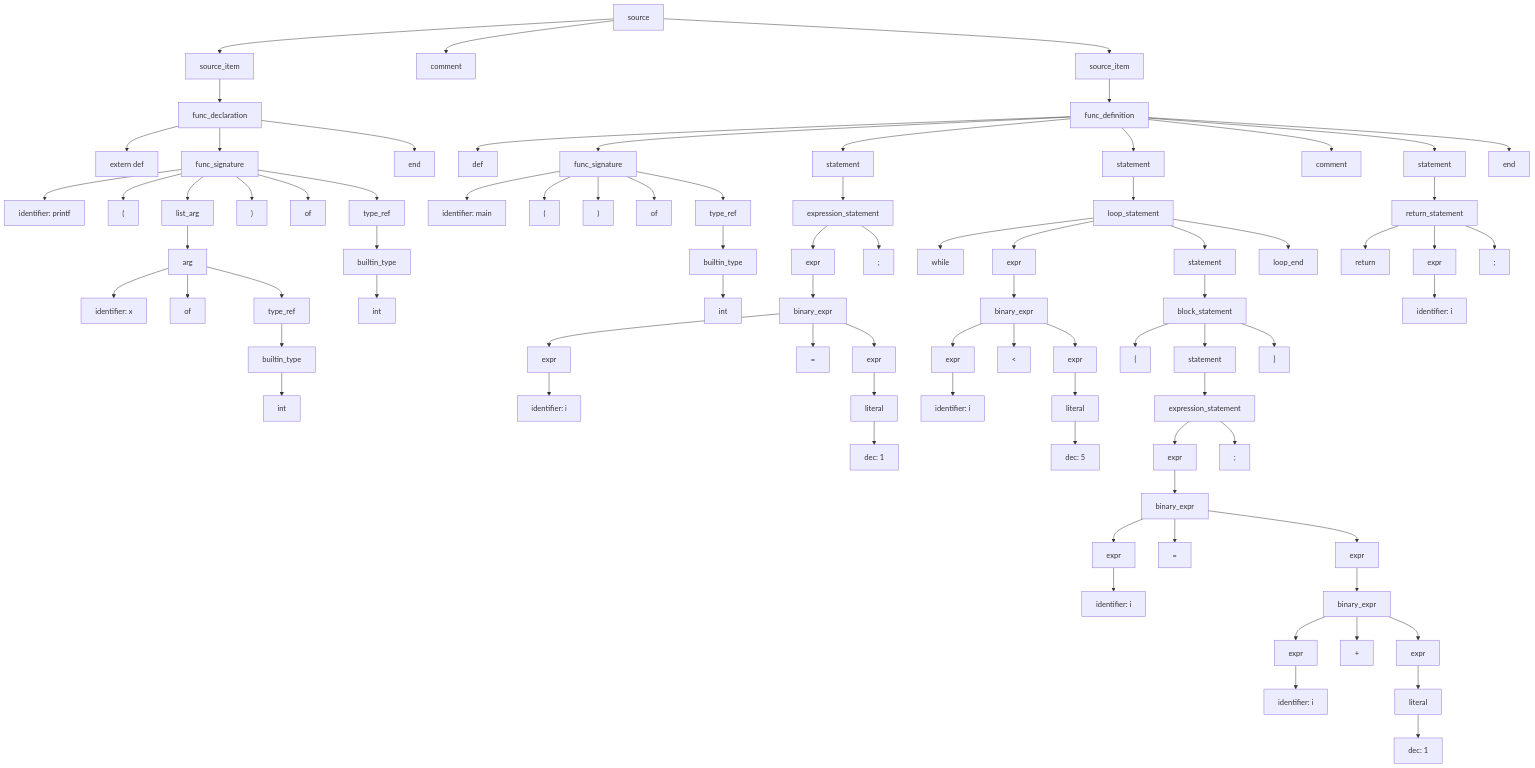
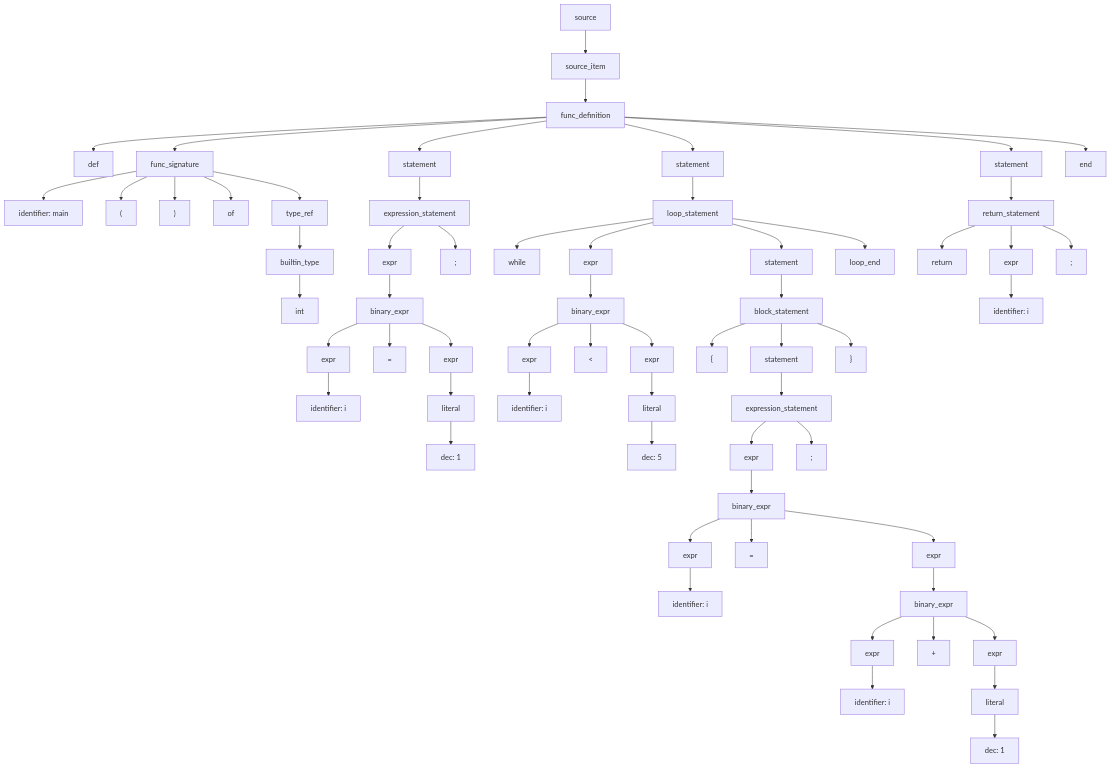
One commit to ErnandesDaniel/system-software-lab-3 changed the diagram in ast.mmd. Above: the diagram before and after it, drawn with Mermaid. The commit also changed 3 other files, not shown here.

```diff
--- a/ast.mmd
+++ b/ast.mmd
@@ -1,166 +1,124 @@
 graph TD;
 N0["source"]
 N1["source_item"]
 N0 --> N1
-N2["func_declaration"]
+N2["func_definition"]
 N1 --> N2
-N3["extern def"]
+N3["def"]
 N2 --> N3
 N4["func_signature"]
 N2 --> N4
-N5["identifier: printf"]
+N5["identifier: main"]
 N4 --> N5
 N6["("]
 N4 --> N6
-N7["list_arg"]
+N7[")"]
 N4 --> N7
-N8["arg"]
-N7 --> N8
-N9["identifier: x"]
-N8 --> N9
-N10["of"]
-N8 --> N10
-N11["type_ref"]
-N8 --> N11
-N12["builtin_type"]
-N11 --> N12
-N13["int"]
+N8["of"]
+N4 --> N8
+N9["type_ref"]
+N4 --> N9
+N10["builtin_type"]
+N9 --> N10
+N11["int"]
+N10 --> N11
+N12["statement"]
+N2 --> N12
+N13["expression_statement"]
 N12 --> N13
-N14[")"]
-N4 --> N14
-N15["of"]
-N4 --> N15
-N16["type_ref"]
-N4 --> N16
-N17["builtin_type"]
+N14["expr"]
+N13 --> N14
+N15["binary_expr"]
+N14 --> N15
+N16["expr"]
+N15 --> N16
+N17["identifier: i"]
 N16 --> N17
-N18["int"]
-N17 --> N18
-N19["end"]
-N2 --> N19
-N20["comment"]
-N0 --> N20
-N21["source_item"]
-N0 --> N21
-N22["func_definition"]
-N21 --> N22
-N23["def"]
-N22 --> N23
-N24["func_signature"]
-N22 --> N24
-N25["identifier: main"]
+N18["="]
+N15 --> N18
+N19["expr"]
+N15 --> N19
+N20["literal"]
+N19 --> N20
+N21["dec: 1"]
+N20 --> N21
+N22[";"]
+N13 --> N22
+N23["statement"]
+N2 --> N23
+N24["loop_statement"]
+N23 --> N24
+N25["while"]
 N24 --> N25
-N26["("]
+N26["expr"]
 N24 --> N26
-N27[")"]
-N24 --> N27
-N28["of"]
-N24 --> N28
-N29["type_ref"]
-N24 --> N29
-N30["builtin_type"]
-N29 --> N30
-N31["int"]
-N30 --> N31
-N32["statement"]
-N22 --> N32
-N33["expression_statement"]
+N27["binary_expr"]
+N26 --> N27
+N28["expr"]
+N27 --> N28
+N29["identifier: i"]
+N28 --> N29
+N30["<"]
+N27 --> N30
+N31["expr"]
+N27 --> N31
+N32["literal"]
+N31 --> N32
+N33["dec: 5"]
 N32 --> N33
-N34["expr"]
-N33 --> N34
-N35["binary_expr"]
+N34["statement"]
+N24 --> N34
+N35["block_statement"]
 N34 --> N35
-N36["expr"]
+N36["{"]
 N35 --> N36
-N37["identifier: i"]
-N36 --> N37
-N38["="]
-N35 --> N38
+N37["statement"]
+N35 --> N37
+N38["expression_statement"]
+N37 --> N38
 N39["expr"]
-N35 --> N39
-N40["literal"]
+N38 --> N39
+N40["binary_expr"]
 N39 --> N40
-N41["dec: 1"]
+N41["expr"]
 N40 --> N41
-N42[";"]
-N33 --> N42
-N43["statement"]
-N22 --> N43
-N44["loop_statement"]
-N43 --> N44
-N45["while"]
+N42["identifier: i"]
+N41 --> N42
+N43["="]
+N40 --> N43
+N44["expr"]
+N40 --> N44
+N45["binary_expr"]
 N44 --> N45
 N46["expr"]
-N44 --> N46
-N47["binary_expr"]
+N45 --> N46
+N47["identifier: i"]
 N46 --> N47
-N48["expr"]
-N47 --> N48
-N49["identifier: i"]
-N48 --> N49
-N50["<"]
-N47 --> N50
-N51["expr"]
-N47 --> N51
-N52["literal"]
-N51 --> N52
-N53["dec: 5"]
-N52 --> N53
-N54["statement"]
-N44 --> N54
-N55["block_statement"]
-N54 --> N55
-N56["{"]
+N48["+"]
+N45 --> N48
+N49["expr"]
+N45 --> N49
+N50["literal"]
+N49 --> N50
+N51["dec: 1"]
+N50 --> N51
+N52[";"]
+N38 --> N52
+N53["}"]
+N35 --> N53
+N54["loop_end"]
+N24 --> N54
+N55["statement"]
+N2 --> N55
+N56["return_statement"]
 N55 --> N56
-N57["statement"]
-N55 --> N57
-N58["expression_statement"]
-N57 --> N58
-N59["expr"]
+N57["return"]
+N56 --> N57
+N58["expr"]
+N56 --> N58
+N59["identifier: i"]
 N58 --> N59
-N60["binary_expr"]
-N59 --> N60
-N61["expr"]
-N60 --> N61
-N62["identifier: i"]
-N61 --> N62
-N63["="]
-N60 --> N63
-N64["expr"]
-N60 --> N64
-N65["binary_expr"]
-N64 --> N65
-N66["expr"]
-N65 --> N66
-N67["identifier: i"]
-N66 --> N67
-N68["+"]
-N65 --> N68
-N69["expr"]
-N65 --> N69
-N70["literal"]
-N69 --> N70
-N71["dec: 1"]
-N70 --> N71
-N72[";"]
-N58 --> N72
-N73["}"]
-N55 --> N73
-N74["loop_end"]
-N44 --> N74
-N75["comment"]
-N22 --> N75
-N76["statement"]
-N22 --> N76
-N77["return_statement"]
-N76 --> N77
-N78["return"]
-N77 --> N78
-N79["expr"]
-N77 --> N79
-N80["identifier: i"]
-N79 --> N80
-N81[";"]
-N77 --> N81
-N82["end"]
-N22 --> N82
+N60[";"]
+N56 --> N60
+N61["end"]
+N2 --> N61
```
